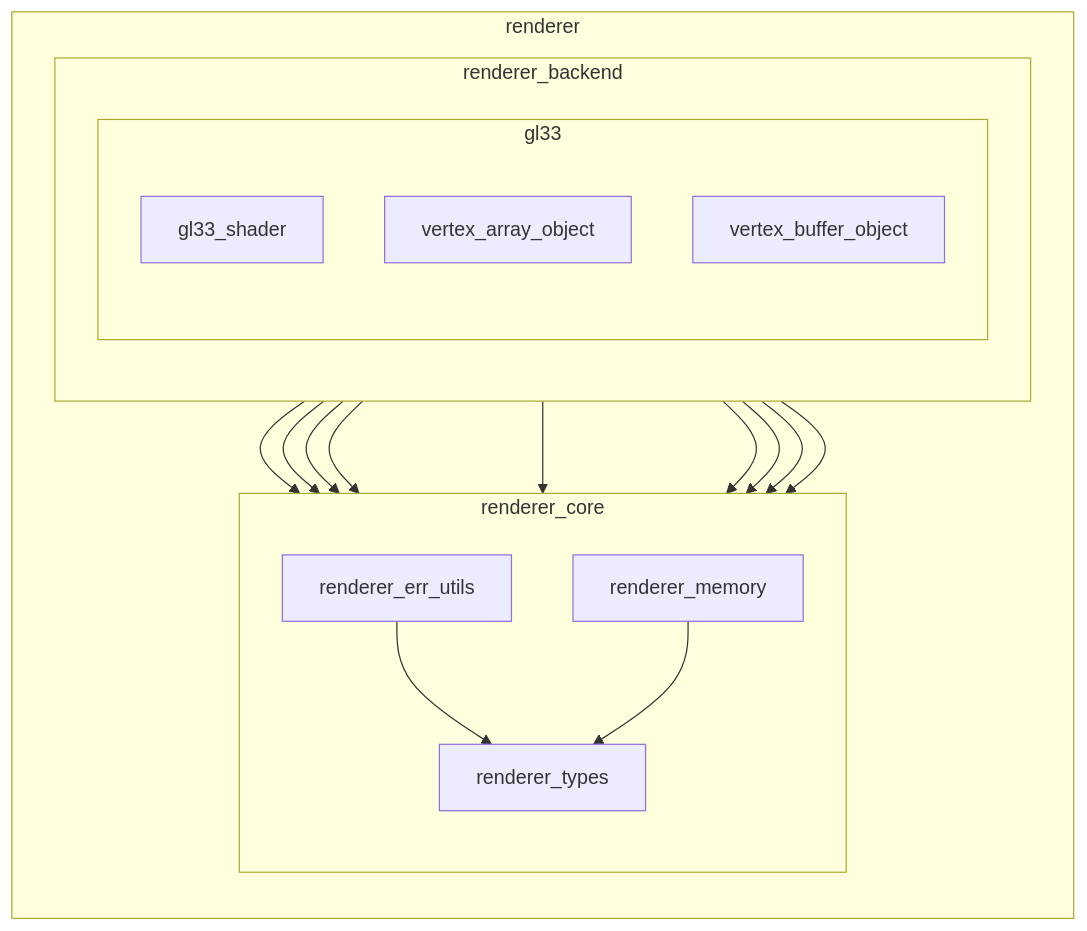
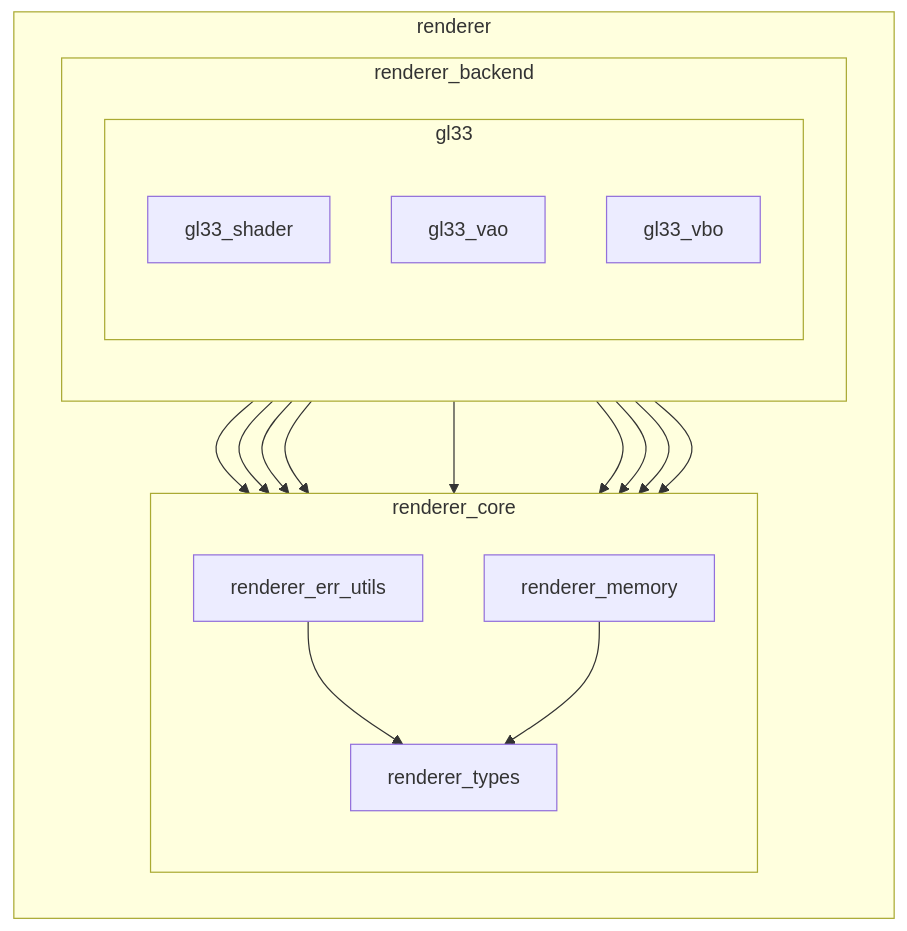
Before and after one commit to chocolate-pie24/gl_choco_engine: the fourth of 4 diagrams in docs/layer.md, drawn with Mermaid. The commit also changed other lines of this file and 13 other files, not shown here.

````diff
--- a/docs/layer.md
+++ b/docs/layer.md
@@ -190,33 +190,33 @@
 ```mermaid
 graph TD
   subgraph RENDERER[renderer]
     direction TB
     subgraph RENDERER_BACKEND[renderer_backend]
       direction TB
       subgraph GL33[gl33]
         direction TB
         GL33_SHADER[gl33_shader]
-        VERTEX_ARRAY_OBJECT[vertex_array_object]
-        VERTEX_BUFFER_OBJECT[vertex_buffer_object]
+        GL33_VAO[gl33_vao]
+        GL33_VBO[gl33_vbo]
       end
     end
     subgraph RENDERER_CORE[renderer_core]
       direction TB
       RENDERER_ERR_UTILS[renderer_err_utils]
       RENDERER_MEMORY[renderer_memory]
       RENDERER_TYPES[renderer_types]
     end
   end
   GL33_SHADER --> RENDERER_TYPES
   GL33_SHADER --> RENDERER_MEMORY
   GL33_SHADER --> RENDERER_ERR_UTILS
 
-  VERTEX_ARRAY_OBJECT --> RENDERER_TYPES
-  VERTEX_ARRAY_OBJECT --> RENDERER_ERR_UTILS
-  VERTEX_ARRAY_OBJECT --> RENDERER_MEMORY
-  VERTEX_BUFFER_OBJECT --> RENDERER_TYPES
-  VERTEX_BUFFER_OBJECT --> RENDERER_ERR_UTILS
-  VERTEX_BUFFER_OBJECT --> RENDERER_MEMORY
+  GL33_VAO --> RENDERER_TYPES
+  GL33_VAO --> RENDERER_ERR_UTILS
+  GL33_VAO --> RENDERER_MEMORY
+  GL33_VBO --> RENDERER_TYPES
+  GL33_VBO --> RENDERER_ERR_UTILS
+  GL33_VBO --> RENDERER_MEMORY
   RENDERER_ERR_UTILS --> RENDERER_TYPES
   RENDERER_MEMORY --> RENDERER_TYPES
 ```
````
